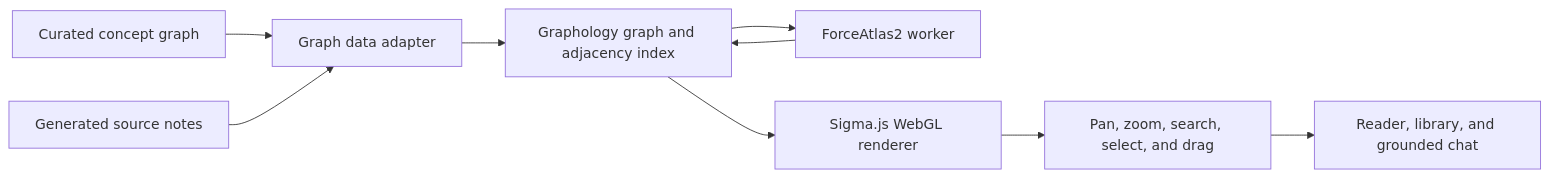
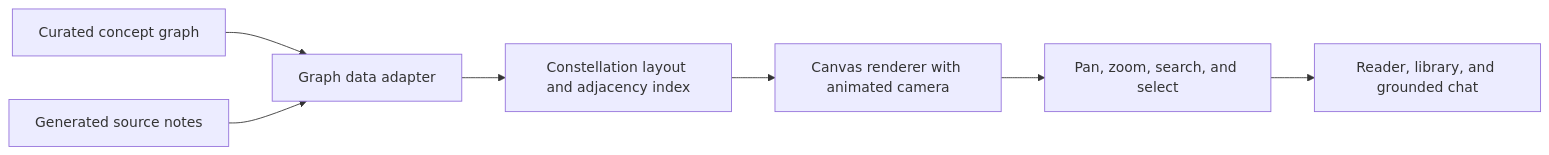
The second of 3 diagrams in docs/ARCHITECTURE.md (SawabS/mcp-atlas), drawn with Mermaid before and after one commit. The commit also changed other lines of this file and 45 other files, not shown here.

````diff
--- a/docs/ARCHITECTURE.md
+++ b/docs/ARCHITECTURE.md
@@ -68,20 +68,17 @@
 ```mermaid
 flowchart LR
     concepts[Curated concept graph]
     notes[Generated source notes]
     adapter[Graph data adapter]
-    graphology[Graphology graph and adjacency index]
-    worker[ForceAtlas2 worker]
-    sigma[Sigma.js WebGL renderer]
-    interaction[Pan, zoom, search, select, and drag]
+    model[Constellation layout and adjacency index]
+    renderer[Canvas renderer with animated camera]
+    interaction[Pan, zoom, search, and select]
     destinations[Reader, library, and grounded chat]
 
     concepts --> adapter
     notes --> adapter
-    adapter --> graphology
-    graphology --> worker
-    worker --> graphology
-    graphology --> sigma
-    sigma --> interaction
+    adapter --> model
+    model --> renderer
+    renderer --> interaction
     interaction --> destinations
 ```
````
